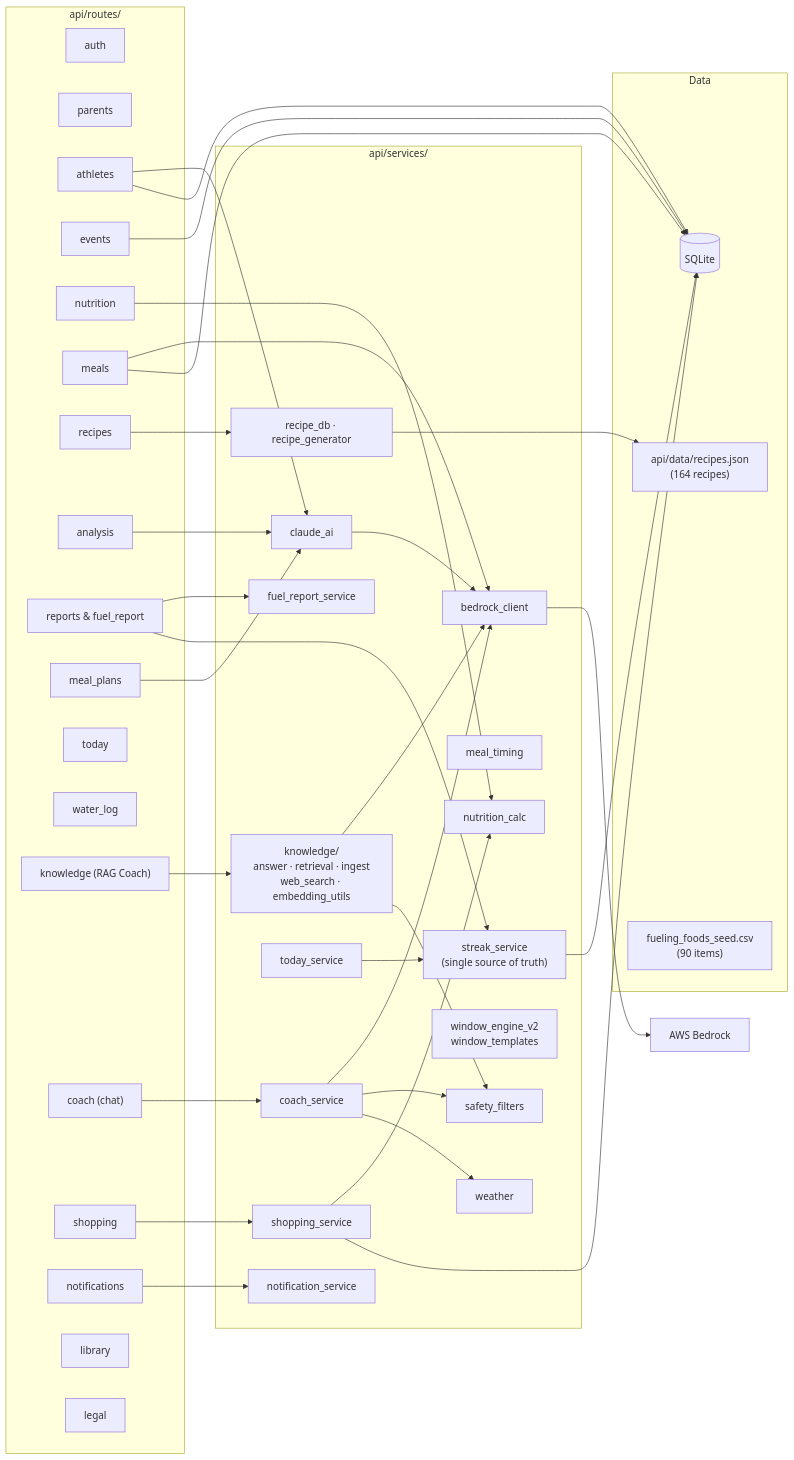
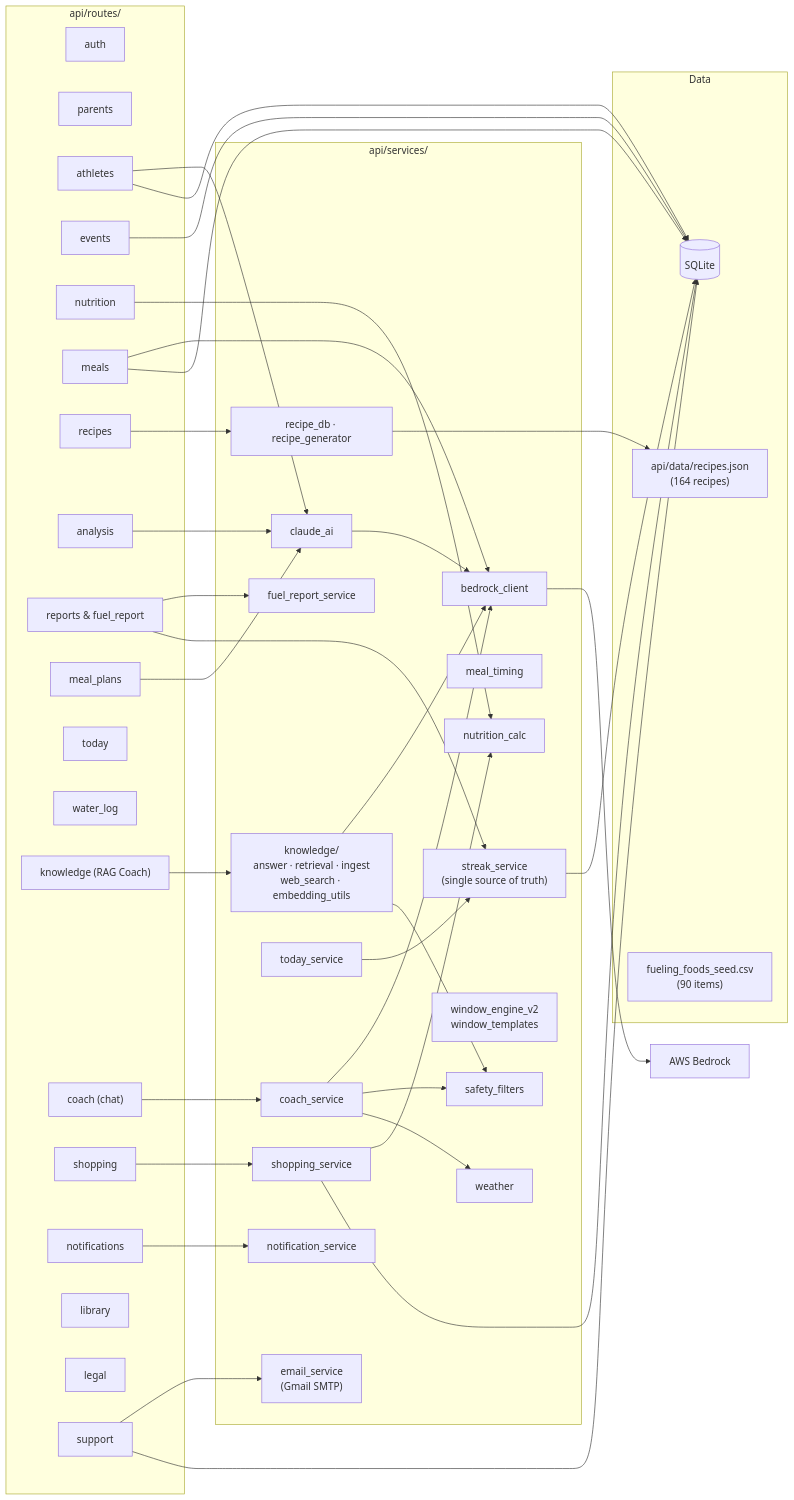
One commit to mayurkhera-health/FuelUpYouth changed the second of 16 diagrams in docs/HLD.md. Above: the diagram before and after it, drawn with Mermaid. The commit also changed other lines of this file, not shown here.

Commit message:
docs: HLD v1.3 — support reports, has_schedule, bedrock retry, latency

````diff
--- a/docs/HLD.md
+++ b/docs/HLD.md
@@ -111,77 +129,81 @@
 ```mermaid
 graph LR
     subgraph "api/routes/"
         R_auth["auth"]
         R_parents["parents"]
         R_athletes["athletes"]
         R_events["events"]
         R_nutrition["nutrition"]
         R_meals["meals"]
         R_recipes["recipes"]
         R_analysis["analysis"]
         R_reports["reports & fuel_report"]
         R_mealplans["meal_plans"]
         R_today["today"]
         R_water["water_log"]
         R_knowledge["knowledge (RAG Coach)"]
         R_coach["coach (chat)"]
         R_shopping["shopping"]
         R_notif["notifications"]
         R_library["library"]
         R_legal["legal"]
+        R_support["support"]
     end
 
     subgraph "api/services/"
         S_nutrition["nutrition_calc"]
         S_claude["claude_ai"]
         S_bedrock["bedrock_client"]
         S_coach["coach_service"]
         S_knowledge["knowledge/\nanswer · retrieval · ingest\nweb_search · embedding_utils"]
         S_timing["meal_timing"]
         S_recipe["recipe_db · recipe_generator"]
         S_shopping["shopping_service"]
         S_notif["notification_service"]
         S_safety["safety_filters"]
         S_weather["weather"]
         S_fuel["fuel_report_service"]
         S_today["today_service"]
         S_window["window_engine_v2\nwindow_templates"]
         S_streak["streak_service\n(single source of truth)"]
+        S_email["email_service\n(Gmail SMTP)"]
     end
 
     subgraph "Data"
         DB[("SQLite")]
         RecipeJSON["api/data/recipes.json\n(164 recipes)"]
         FoodCSV["fueling_foods_seed.csv\n(90 items)"]
     end
 
     R_athletes --> S_claude
     R_nutrition --> S_nutrition
     R_analysis --> S_claude
     R_reports --> S_fuel
     R_mealplans --> S_claude
     R_meals --> S_bedrock
     R_recipes --> S_recipe
     R_knowledge --> S_knowledge
     R_coach --> S_coach
     R_shopping --> S_shopping
     R_notif --> S_notif
+    R_support --> S_email
+    R_support --> DB
 
     S_claude --> S_bedrock
     S_coach --> S_bedrock
     S_coach --> S_safety
     S_knowledge --> S_bedrock
     S_knowledge --> S_safety
     S_shopping --> S_nutrition
     S_coach --> S_weather
 
     S_bedrock --> Bedrock["AWS Bedrock"]
     S_recipe --> RecipeJSON
     S_shopping --> DB
     R_athletes --> DB
     R_events --> DB
     R_meals --> DB
     R_reports --> S_streak
     S_today --> S_streak
     S_streak --> DB
 ```
````
